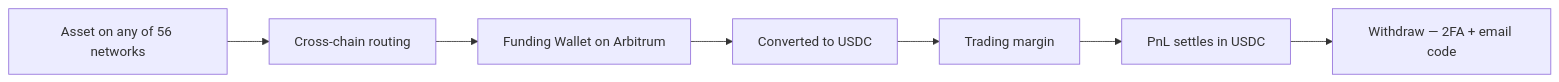
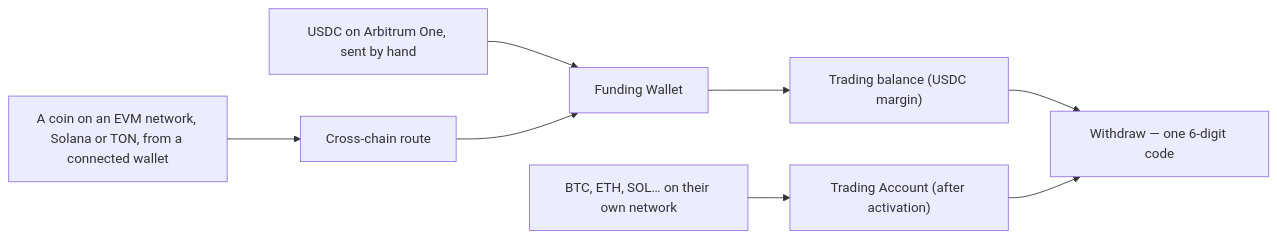
Before and after one commit to MetaStation-fi/MetaStation-Docs-and-Blogs: the diagram in docs/concepts/funding-and-settlement.mdx, drawn with Mermaid. The commit also changed other lines of this file and 12 other files, not shown here.

````diff
--- a/docs/concepts/funding-and-settlement.mdx
+++ b/docs/concepts/funding-and-settlement.mdx
@@ -24,9 +24,9 @@
 ```mermaid
 graph LR
-  A["Asset on any of 56 networks"] --> B["Cross-chain routing"]
-  B --> C["Funding Wallet on Arbitrum"]
-  C --> D["Converted to USDC"]
-  D --> E["Trading margin"]
-  E --> F["PnL settles in USDC"]
-  F --> G["Withdraw — 2FA + email code"]
+  A["USDC on Arbitrum One, sent by hand"] --> C["Funding Wallet"]
+  B["A coin on an EVM network, Solana or TON, from a connected wallet"] --> R["Cross-chain route"] --> C
+  C --> D["Trading balance (USDC margin)"]
+  N["BTC, ETH, SOL… on their own network"] --> T["Trading Account (after activation)"]
+  D --> W["Withdraw — one 6-digit code"]
+  T --> W
 ```
````
